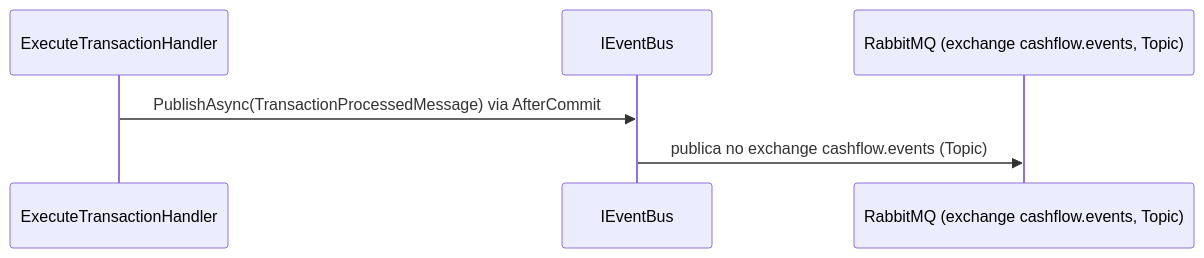
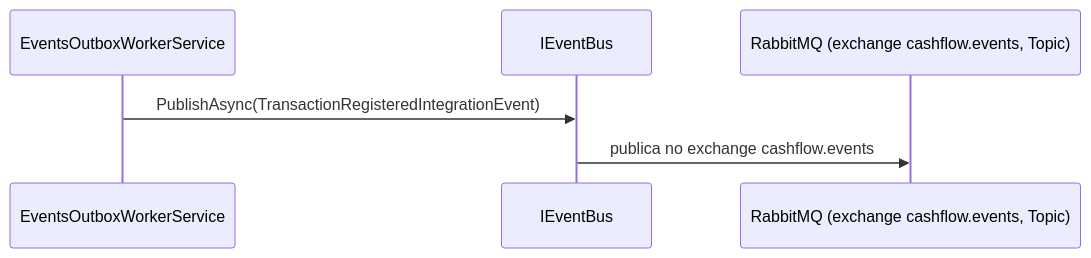
Before and after one commit to filipececcon/arch-challenge: the fourth of 4 diagrams in docs/architecture/cashflow/layer-06-messaging.md, drawn with Mermaid. The commit also changed other lines of this file and 38 other files, not shown here.

First line of the commit message:
Refactor Cashflow architecture docs for account aggregate and unified outbox

````diff
--- a/docs/architecture/cashflow/layer-06-messaging.md
+++ b/docs/architecture/cashflow/layer-06-messaging.md
@@ -139,9 +142,9 @@
 ```mermaid
 sequenceDiagram
-    participant ExecuteTransactionHandler
-    participant IEventBus
+    participant Worker as EventsOutboxWorkerService
+    participant IEventBus as IEventBus
     participant RabbitMQ as RabbitMQ (exchange cashflow.events, Topic)
 
-    ExecuteTransactionHandler->>IEventBus: PublishAsync(TransactionProcessedMessage) via AfterCommit
-    IEventBus->>RabbitMQ: publica no exchange cashflow.events (Topic)
+    Worker->>IEventBus: PublishAsync(TransactionRegisteredIntegrationEvent)
+    IEventBus->>RabbitMQ: publica no exchange cashflow.events
 ```
````
